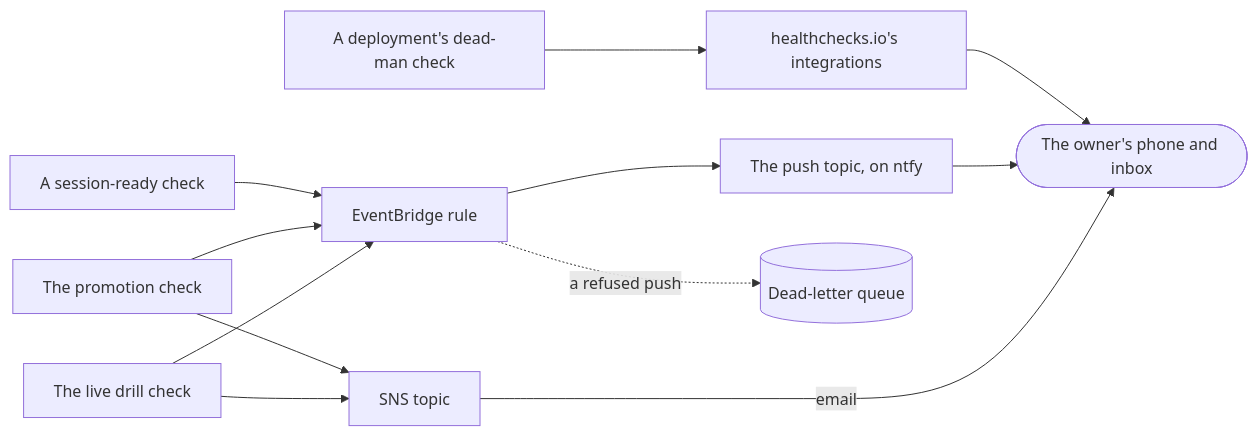
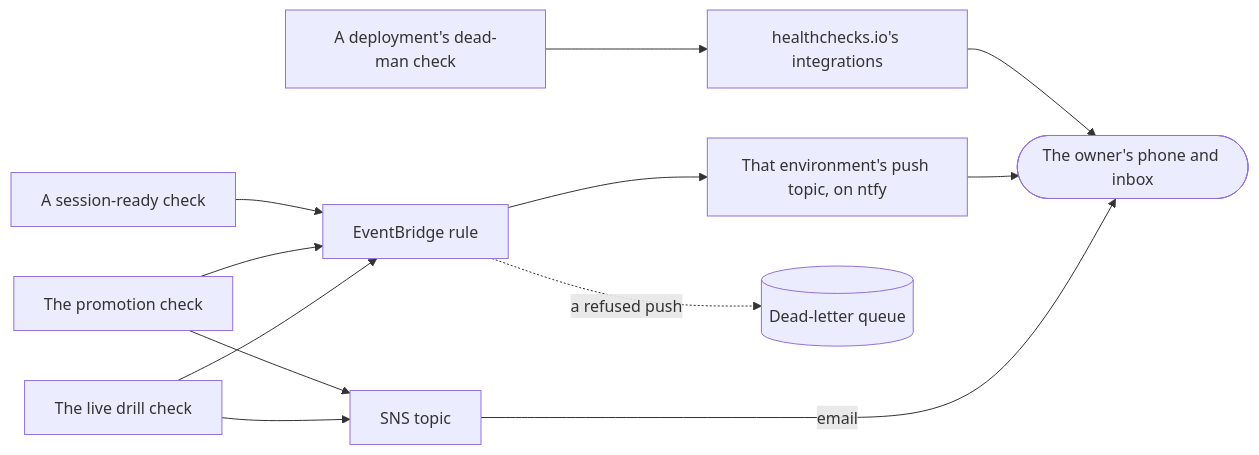
Before and after one commit to l3a0/ithildin-runtime: diagram 33 of 34 in docs/architecture.md, drawn with Mermaid. The commit also changed other lines of this file and 2 other files, not shown here.

````diff
--- a/docs/architecture.md
+++ b/docs/architecture.md
@@ -3258,25 +3258,25 @@
 ```mermaid
 flowchart LR
     deadman["A deployment's dead-man check"]
     ready["A session-ready check"]
     promo["The promotion check"]
     drill["The live drill check"]
     hc["healthchecks.io's integrations"]
     rule["EventBridge rule"]
     sns["SNS topic"]
-    push["The push topic, on ntfy"]
+    push["That environment's push topic, on ntfy"]
     dlq[("Dead-letter queue")]
     owner(["The owner's phone and inbox"])
 
     deadman --> hc
     ready --> rule
     promo --> rule
     drill --> rule
     promo --> sns
     drill --> sns
     hc --> owner
     rule --> push
     rule -.->|"a refused push"| dlq
     push --> owner
     sns -->|"email"| owner
 ```
````
